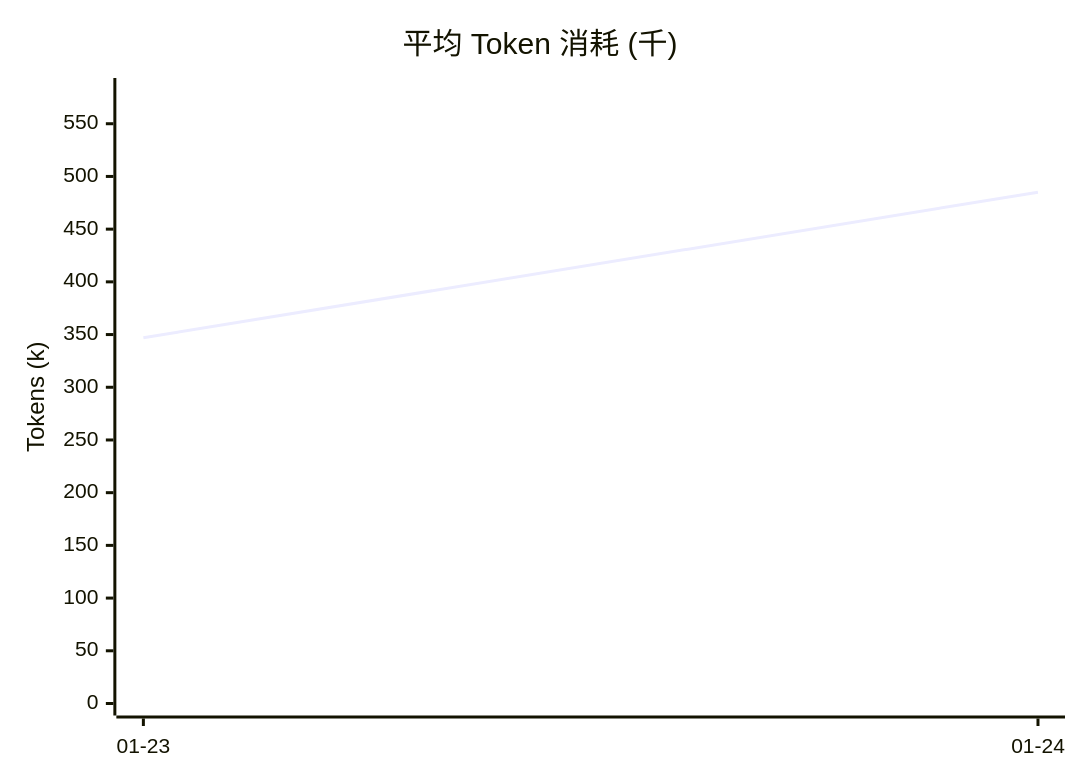
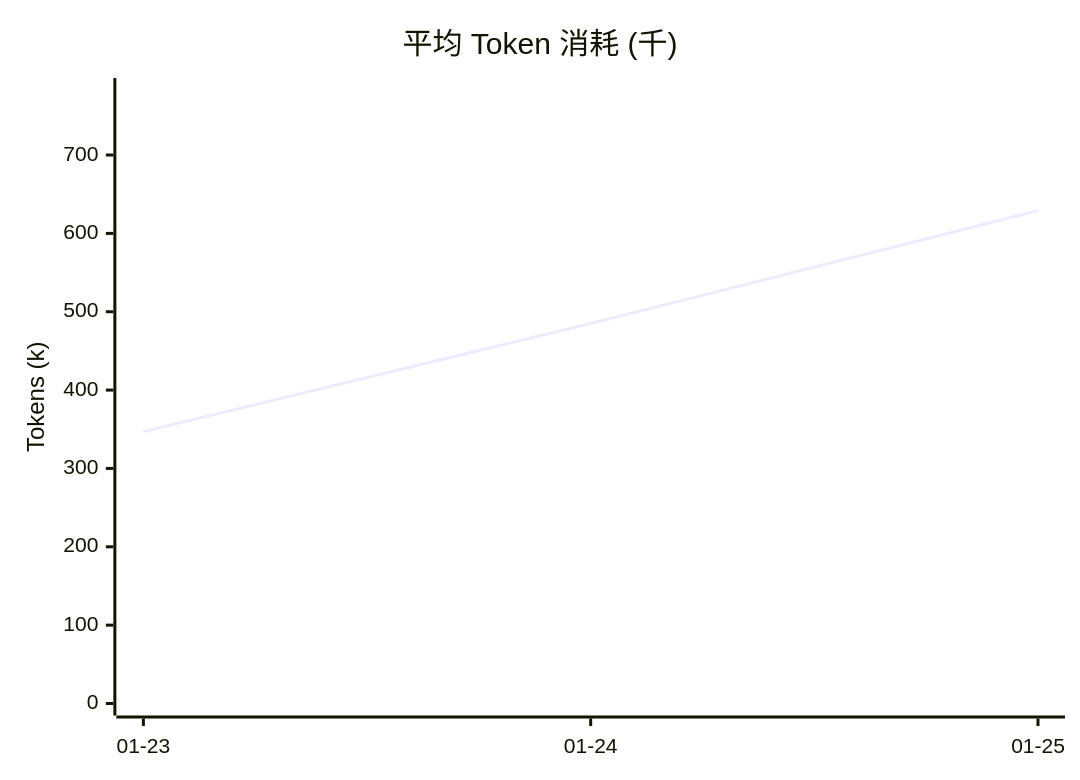
The seventh of 7 diagrams in evaluation/README.md (gongxh13/rca-agent), drawn with Mermaid before and after one commit. The commit also changed other lines of this file and 154 other files, not shown here.

````diff
--- a/evaluation/README.md
+++ b/evaluation/README.md
@@ -126,7 +127,7 @@
 ```mermaid
 xychart-beta
     title "平均 Token 消耗 (千)"
-    x-axis ["01-23", "01-24"]
-    y-axis "Tokens (k)" 0 --> 582
-    line [347, 485]
+    x-axis ["01-23", "01-24", "01-25"]
+    y-axis "Tokens (k)" 0 --> 783
+    line [347, 485, 629]
 ```
````
